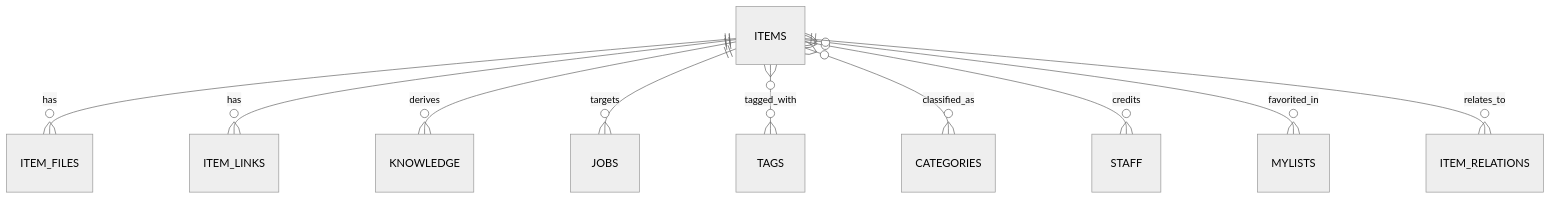
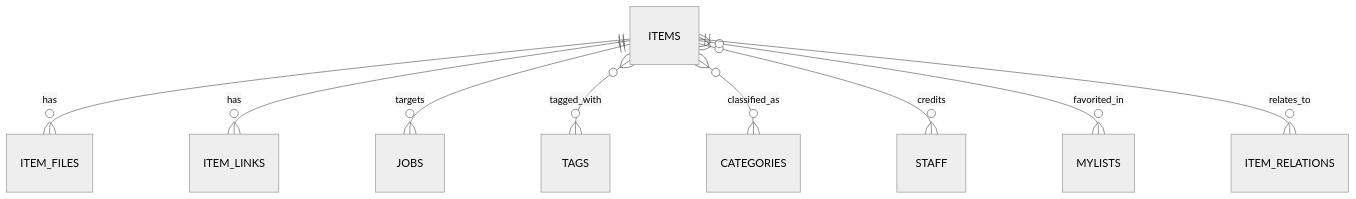
One commit to aoton0029/_intrahub-mediavault changed the diagram in docs/basic-design/02_data-model.md. Above: the diagram before and after it, drawn with Mermaid (neutral theme). The commit also changed other lines of this file and 54 other files, not shown here.

````diff
--- a/docs/basic-design/02_data-model.md
+++ b/docs/basic-design/02_data-model.md
@@ -9,12 +9,11 @@
 ```mermaid
 erDiagram
     ITEMS ||--o{ ITEM_FILES : has
     ITEMS ||--o{ ITEM_LINKS : has
-    ITEMS ||--o{ KNOWLEDGE : derives
     ITEMS ||--o{ JOBS : targets
     ITEMS }o--o{ TAGS : tagged_with
     ITEMS }o--o{ CATEGORIES : classified_as
     ITEMS }o--o{ STAFF : credits
     ITEMS }o--o{ MYLISTS : favorited_in
     ITEMS ||--o{ ITEM_RELATIONS : relates_to
 ```
````
